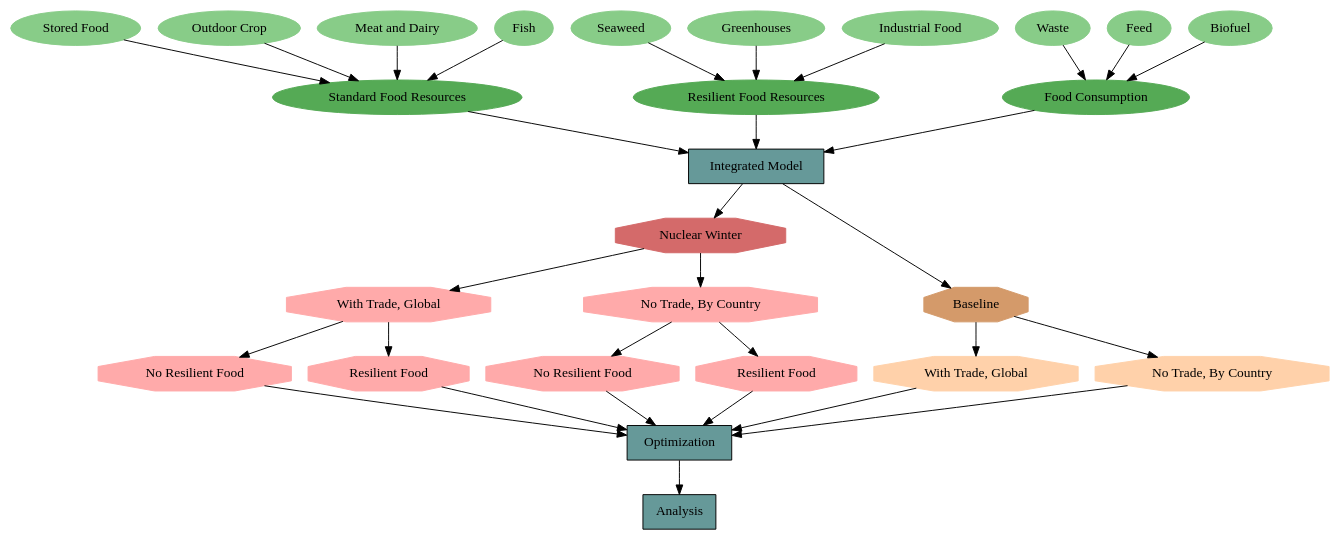
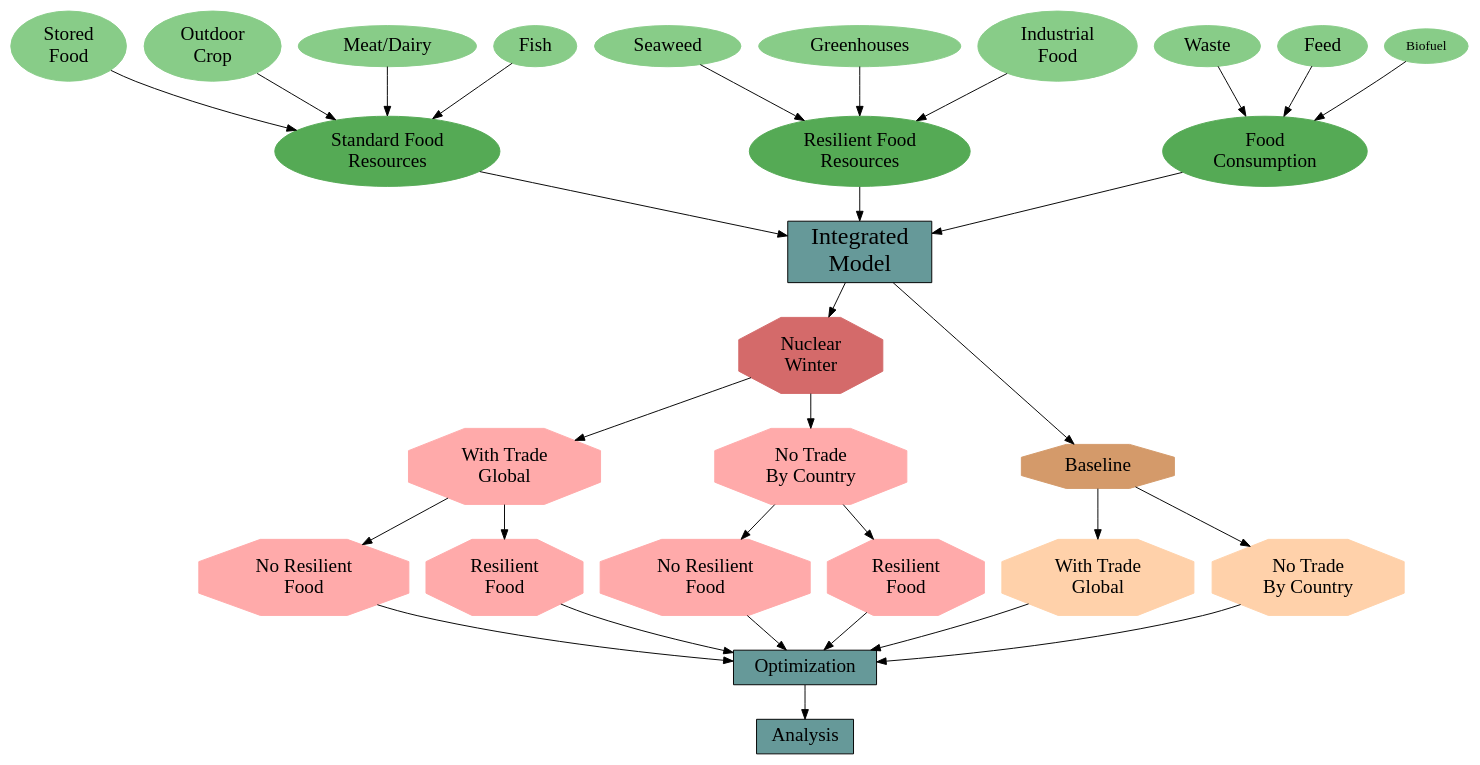
Before and after one commit to allfed/allfed-integrated-model: the diagram in results/Figure_4/overview.dot, drawn with Graphviz. The commit also changed 6 other files, not shown here.

```diff
--- a/results/Figure_4/overview.dot
+++ b/results/Figure_4/overview.dot
@@ -1,84 +1,84 @@
 digraph ModelOverview{
     // Food Consumption during normal times
-    norm_consumption [label="Food Consumption", style="filled",color="#55AA55"];
-    Waste[style="filled", color="#88CC88"]
+    norm_consumption [label="Food\nConsumption", fontsize=20, style="filled",color="#55AA55"];
+    Waste[style="filled", color="#88CC88",fontsize=20]
     Waste -> norm_consumption;
-    Feed[style="filled", color="#88CC88"]
+    Feed[style="filled", color="#88CC88",fontsize=20]
     Feed -> norm_consumption;
     Biofuel[style="filled", color="#88CC88"]
     Biofuel -> norm_consumption;
 
     // Food Ressources during Standard Times
-    std_resources [label="Standard Food Resources", style="filled",color="#55AA55"];
-    stored_food [label="Stored Food",style="filled", color="#88CC88"];
-    outdoor_crop [label="Outdoor Crop",style="filled", color="#88CC88"];
-    meat [label="Meat and Dairy",style="filled", color="#88CC88"];
-    Fish [style="filled", color="#88CC88"]
+    std_resources [label="Standard Food\nResources", style="filled",fontsize=20,color="#55AA55"];
+    stored_food [label="Stored\nFood",style="filled", fontsize=20,color="#88CC88"];
+    outdoor_crop [label="Outdoor\nCrop",style="filled",fontsize=20, color="#88CC88"];
+    meat [label="Meat/Dairy",style="filled", fontsize=20,color="#88CC88"];
+    Fish [style="filled",fontsize=20, color="#88CC88"]
     stored_food -> std_resources;
     outdoor_crop -> std_resources;
     meat -> std_resources;
     Fish -> std_resources;
 
     // Resilient Foods
-    res_resources [label="Resilient Food Resources", style="filled",color="#55AA55"];
-    Seaweed[style="filled", color="#88CC88"]
+    res_resources [label="Resilient Food\nResources", style="filled",fontsize=20,color="#55AA55"];
+    Seaweed[style="filled",fontsize=20, color="#88CC88"]
     Seaweed -> res_resources;
-    Greenhouses[style="filled", color="#88CC88"]
+    Greenhouses[style="filled",fontsize=20, color="#88CC88"]
     Greenhouses -> res_resources;
-    industrial_food [label="Industrial Food",style="filled", color="#88CC88"];
+    industrial_food [label="Industrial\nFood",style="filled",fontsize=20, color="#88CC88"];
     industrial_food -> res_resources;
 
     // Link foods to the model
-    model [label="Integrated Model", shape=box, style="filled", fillcolor="#669999"];
+    model [label="Integrated\nModel", fontsize=25,shape=box, style="filled", fillcolor="#669999"];
     norm_consumption -> model;
     std_resources -> model;
     res_resources -> model;
 
     // Create base scenarios
-    nw [label="Nuclear Winter", shape=octagon, color="#D46A6A", style="filled"];
-    Baseline [label="Baseline", shape=octagon, color="#D49A6A", style="filled"];
+    nw [label="Nuclear\nWinter", shape=octagon, color="#D46A6A",fontsize=20, style="filled"];
+    Baseline [label="Baseline", shape=octagon, color="#D49A6A",fontsize=20, style="filled"];
     model -> Baseline;
     model -> nw;
 
     // Create 150 tg scenarios
-    nw_trade [label="With Trade, Global", shape=octagon, color="#FFAAAA", style="filled"];
-    nw_no_trade [label="No Trade, By Country", shape=octagon, color="#FFAAAA", style="filled"];
+    nw_trade [label="With Trade\nGlobal", shape=octagon, color="#FFAAAA", fontsize=20,style="filled"];
+    nw_no_trade [label="No Trade\nBy Country", shape=octagon, color="#FFAAAA",fontsize=20, style="filled"];
     nw -> nw_trade;
     nw -> nw_no_trade;
 
-    nw_trade_no_res_food [label="No Resilient Food", shape=octagon, color="#FFAAAA", style="filled"];
-    nw_trade_res_food [label="Resilient Food", shape=octagon, color="#FFAAAA", style="filled"];
-    nw_no_trade_no_res_food [label="No Resilient Food", shape=octagon, color="#FFAAAA", style="filled"];
-    nw_no_trade_res_food [label="Resilient Food", shape=octagon, color="#FFAAAA", style="filled"];
+    nw_trade_no_res_food [label="No Resilient\nFood", shape=octagon,fontsize=20, color="#FFAAAA", style="filled"];
+    nw_trade_res_food [label="Resilient\nFood", shape=octagon, fontsize=20,color="#FFAAAA", style="filled"];
+    nw_no_trade_no_res_food [label="No Resilient\nFood",fontsize=20, shape=octagon, color="#FFAAAA", style="filled"];
+    nw_no_trade_res_food [label="Resilient\nFood", shape=octagon,fontsize=20, color="#FFAAAA", style="filled"];
     nw_trade -> nw_trade_no_res_food;
     nw_trade -> nw_trade_res_food;
     nw_no_trade -> nw_no_trade_no_res_food;
     nw_no_trade -> nw_no_trade_res_food;
 
 
     // Create baseline scenarios
-    Baseline_trade [label="With Trade, Global", shape=octagon, color="#FFD1AA", style="filled"];
-    Baseline_no_trade [label="No Trade, By Country", shape=octagon, color="#FFD1AA", style="filled"];
+    Baseline_trade [label="With Trade\nGlobal", fontsize=20,shape=octagon, color="#FFD1AA", style="filled"];
+    Baseline_no_trade [label="No Trade\nBy Country",fontsize=20, shape=octagon, color="#FFD1AA", style="filled"];
     Baseline -> Baseline_trade;
     Baseline -> Baseline_no_trade;
 
 
     // Link to optomization and analysis
-    opt [label="Optimization", shape=box, style="filled", fillcolor="#669999"];
+    opt [label="Optimization", shape=box, style="filled", fontsize=20,fillcolor="#669999"];
     Baseline_trade -> opt;
     Baseline_no_trade -> opt;
     nw_trade_no_res_food -> opt;
     nw_trade_res_food -> opt;
     nw_no_trade_no_res_food -> opt;
     nw_no_trade_res_food -> opt;
 
     // Link to analysis
-    analysis [label="Analysis", shape=box, style="filled", fillcolor="#669999"];
+    analysis [label="Analysis", shape=box, style="filled",fontsize=20, fillcolor="#669999"];
     opt -> analysis;
 
 
 
 
 
 
 }
```
